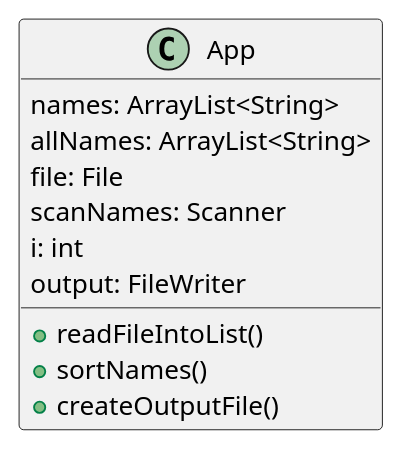
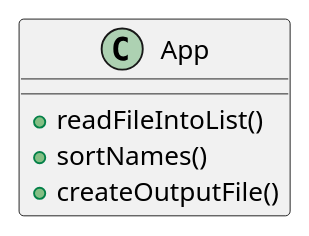
One commit to Jsnoap/snoap-cop3330-assignment3 changed the diagram in docs/ex41.puml. Above: the diagram before and after it, drawn with PlantUML. The commit also changed 6 other files, not shown here.

```diff
--- a/docs/ex41.puml
+++ b/docs/ex41.puml
@@ -1,17 +1,10 @@
 @startuml
 'https://plantuml.com/class-diagram
 
 class App {
-names: ArrayList<String>
-allNames: ArrayList<String>
-file: File
-scanNames: Scanner
-i: int
-output: FileWriter
-
 +readFileIntoList()
 +sortNames()
 +createOutputFile()
 }
 
 @enduml
```
